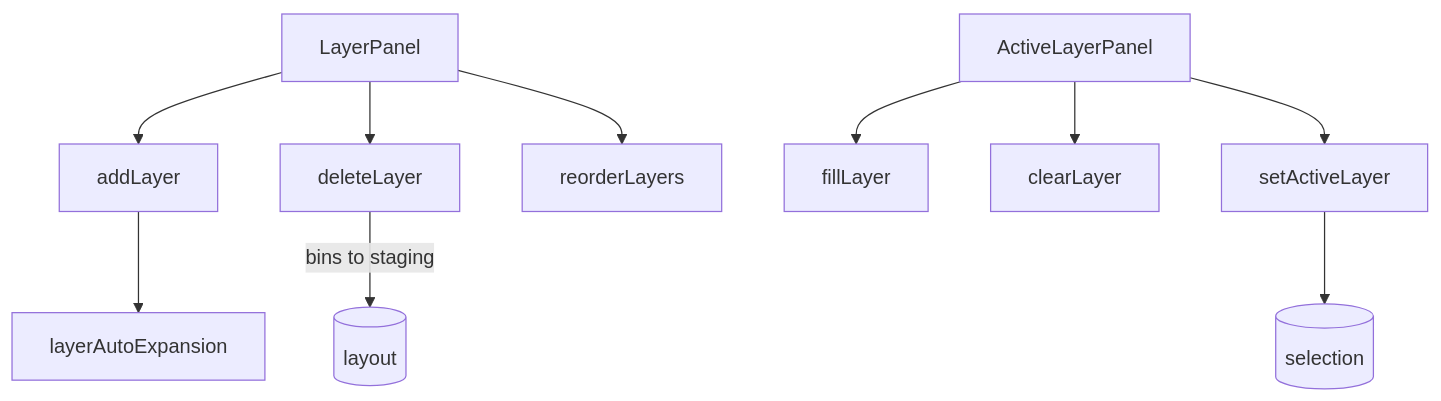
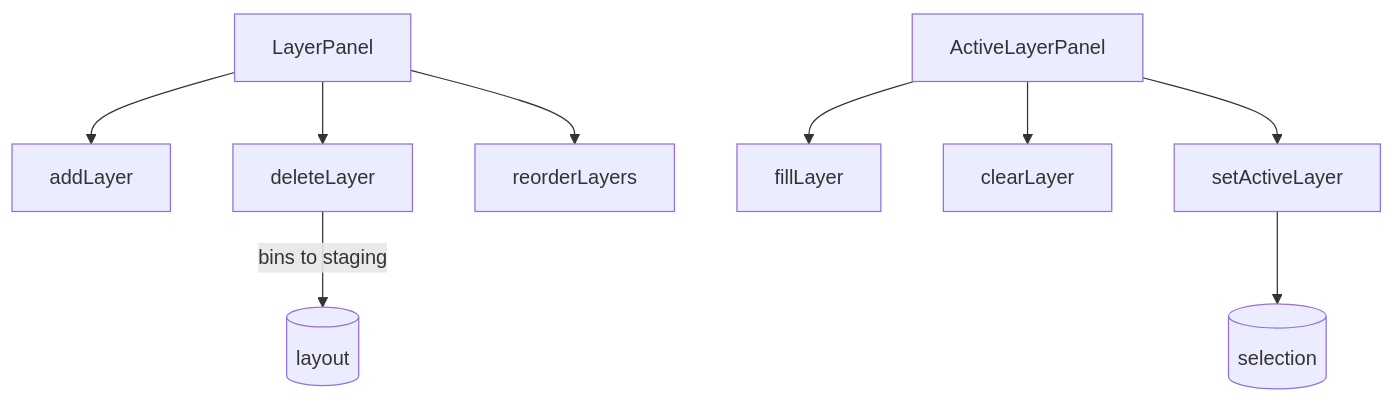
The diagram in src/features/layers/README.md (andymai/gridfinity-layout-tool), drawn with Mermaid before and after one commit. The commit also changed other lines of this file and 108 other files, not shown here.

````diff
--- a/src/features/layers/README.md
+++ b/src/features/layers/README.md
@@ -5,8 +5,7 @@
 ```mermaid
 graph TB
     LP[LayerPanel] --> AL[addLayer] & DL[deleteLayer] & RL[reorderLayers]
     ALP[ActiveLayerPanel] --> FL[fillLayer] & CLR[clearLayer] & SAL[setActiveLayer]
     SAL --> SEL[(selection)]
     DL -->|bins to staging| LAY[(layout)]
-    AL --> AE[layerAutoExpansion]
 ```
````
